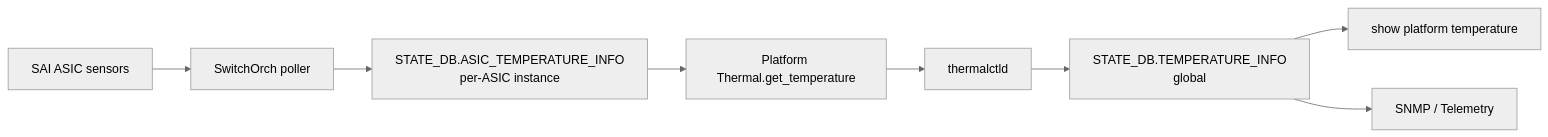
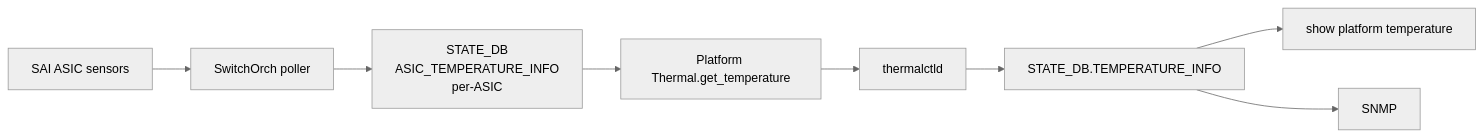
The diagram in docs/system/asic-thermal-monitoring-high-level-design.md (aoki-taquan/sonic-unofficial-docs), drawn with Mermaid (neutral theme) before and after one commit. The commit also changed other lines of this file and 4 other files, not shown here.

````diff
--- a/docs/system/asic-thermal-monitoring-high-level-design.md
+++ b/docs/system/asic-thermal-monitoring-high-level-design.md
@@ -121,10 +40,10 @@
 ```mermaid
 flowchart LR
     SAI[SAI ASIC sensors] --> SO[SwitchOrch poller]
-    SO --> ASTAT[STATE_DB.ASIC_TEMPERATURE_INFO<br/>per-ASIC instance]
+    SO --> ASTAT[STATE_DB<br/>ASIC_TEMPERATURE_INFO<br/>per-ASIC]
     ASTAT --> PT[Platform Thermal.get_temperature]
     PT --> TC[thermalctld]
-    TC --> GTI[STATE_DB.TEMPERATURE_INFO<br/>global]
+    TC --> GTI[STATE_DB.TEMPERATURE_INFO]
     GTI --> CLI[show platform temperature]
-    GTI --> SNMP[SNMP / Telemetry]
+    GTI --> SNMP
 ```
````
